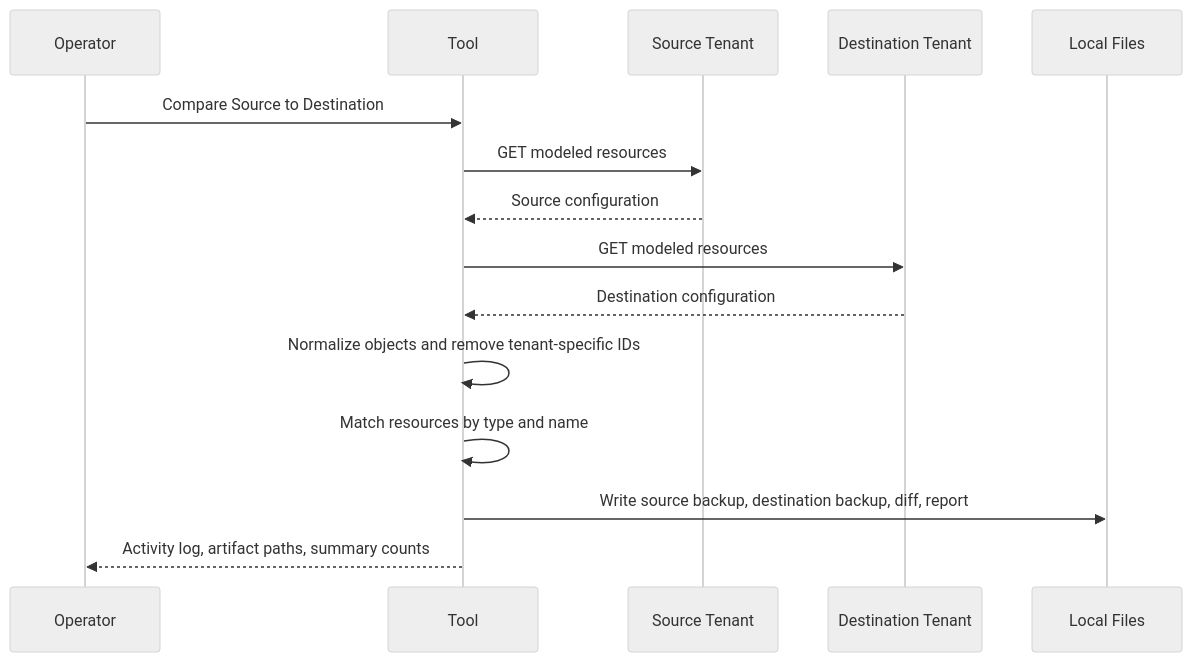
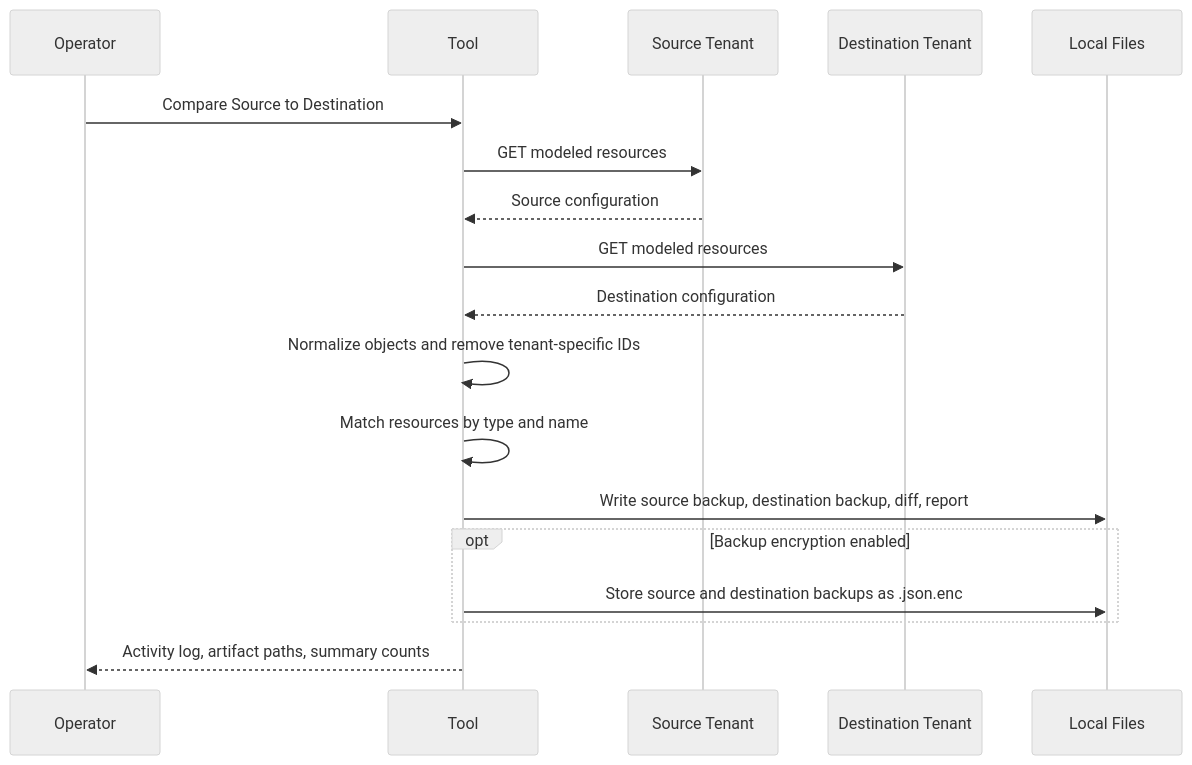
Before and after one commit to EggertsIT/ZPA-BackupNrestore: the fourth of 12 diagrams in docs/PROCESS.md, drawn with Mermaid (neutral theme). The commit also changed other lines of this file and 1 other file, not shown here.

Commit message:
Document encrypted backup process

````diff
--- a/docs/PROCESS.md
+++ b/docs/PROCESS.md
@@ -87,18 +92,21 @@
 ```mermaid
 sequenceDiagram
     participant Operator
     participant Tool
     participant Source as Source Tenant
     participant Dest as Destination Tenant
     participant Files as Local Files
 
     Operator->>Tool: Compare Source to Destination
     Tool->>Source: GET modeled resources
     Source-->>Tool: Source configuration
     Tool->>Dest: GET modeled resources
     Dest-->>Tool: Destination configuration
     Tool->>Tool: Normalize objects and remove tenant-specific IDs
     Tool->>Tool: Match resources by type and name
     Tool->>Files: Write source backup, destination backup, diff, report
+    opt Backup encryption enabled
+        Tool->>Files: Store source and destination backups as .json.enc
+    end
     Tool-->>Operator: Activity log, artifact paths, summary counts
 ```
````
